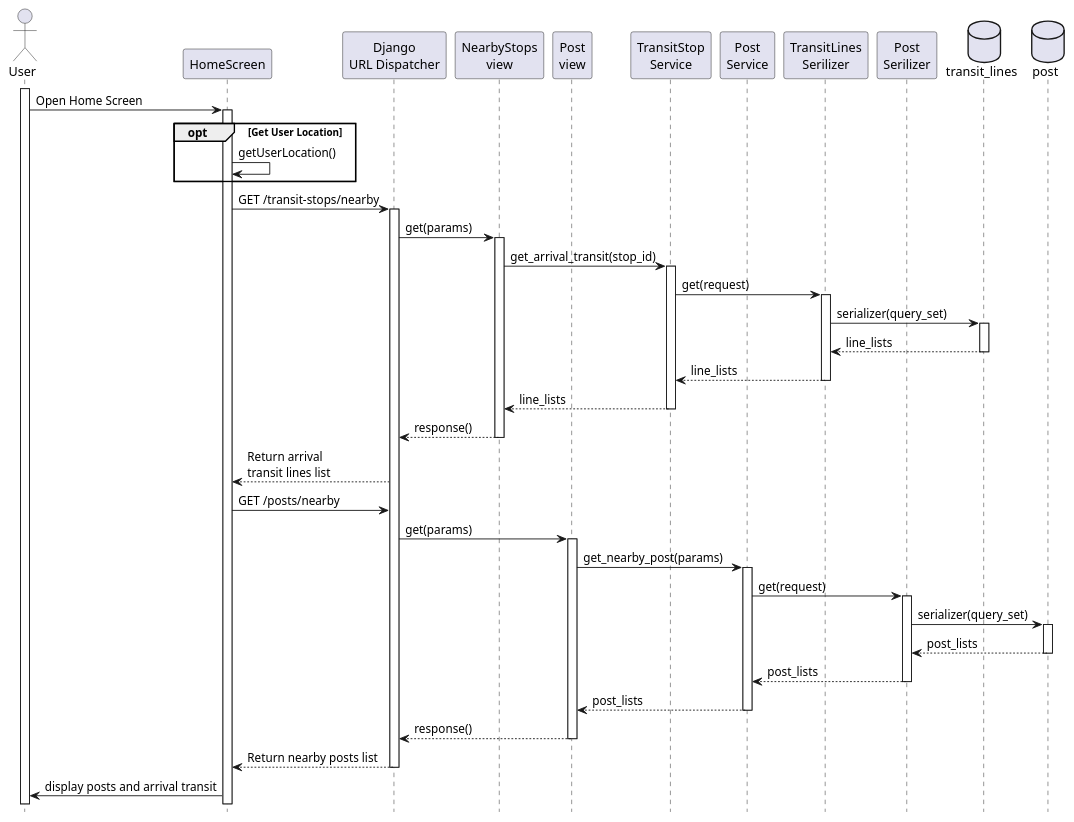
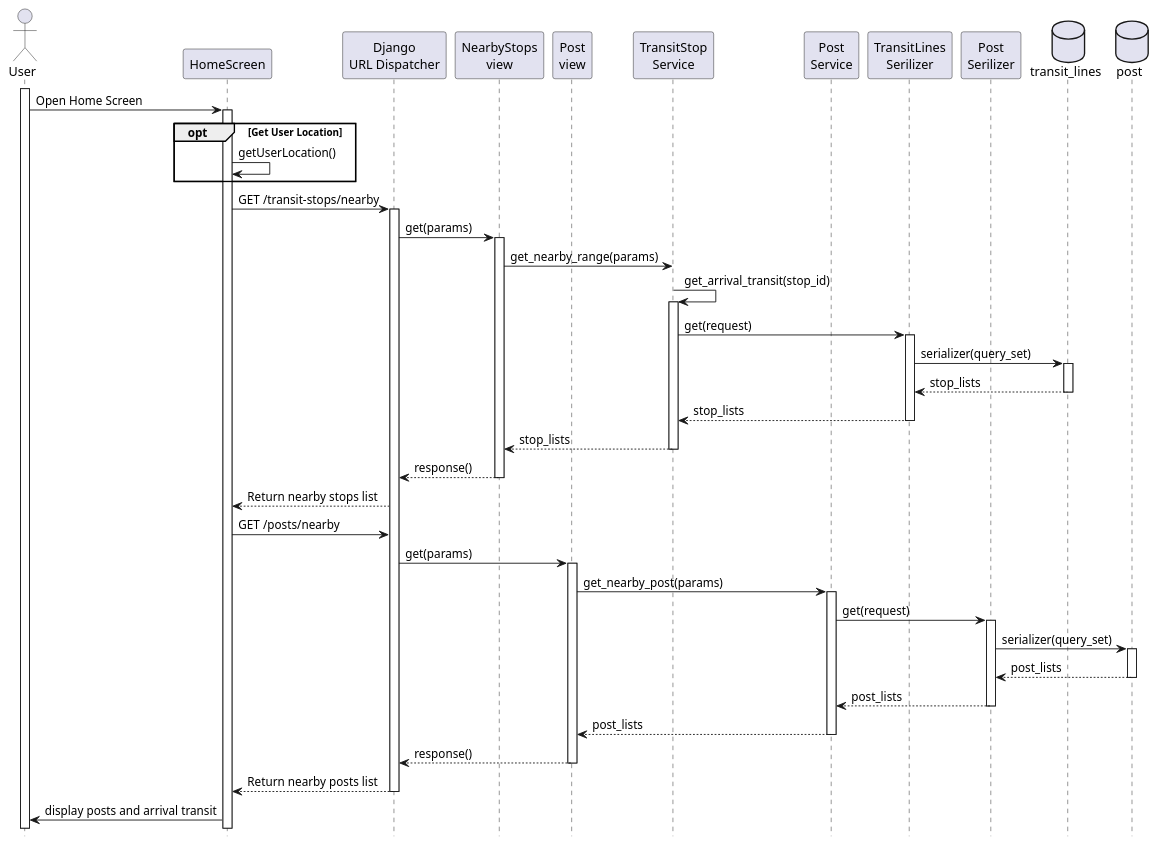
Before and after one commit to KMITL-BusBuddy/diagram: the diagram in homescreen/get_stop_location.puml, drawn with PlantUML. The commit also changed 11 other files, not shown here.

Commit message:
update last diagram

```diff
--- a/homescreen/get_stop_location.puml
+++ b/homescreen/get_stop_location.puml
@@ -1,73 +1,75 @@
 @startuml stop_nearby
 
 hide footbox
 
 actor User
 participant HomeScreen as UI
 participant "Django\nURL Dispatcher" as API
 participant "NearbyStops\nview" as view_stop
 participant "Post\nview" as view_post
 participant "TransitStop\nService" as service
 participant "Post\nService" as service_post
 participant "TransitLines\nSerilizer" as serializer
 participant "Post\nSerilizer" as serializer_post
 database "transit_lines" as table_transit
 database "post" as table_post
 
 activate User
 User -> UI : Open Home Screen
 activate UI
 
 opt Get User Location
     UI -> UI : getUserLocation()
 end
 
 UI -> API : GET /transit-stops/nearby
 activate API
 
 ' API Call
 API -> view_stop : get(params)
 activate view_stop
-view_stop -> service : get_arrival_transit(stop_id)
+view_stop -> service : get_nearby_range(params)
+service -> service : get_arrival_transit(stop_id)
+
 activate service
 service -> serializer : get(request)
 activate serializer
 serializer -> table_transit : serializer(query_set)
 activate table_transit
 
-table_transit --> serializer : line_lists
+table_transit --> serializer : stop_lists
 deactivate table_transit
-serializer --> service : line_lists
+serializer --> service : stop_lists
 deactivate serializer
-service --> view_stop : line_lists
+service --> view_stop : stop_lists
 deactivate service
 view_stop --> API : response()
 deactivate view_stop
-API --> UI : Return arrival \ntransit lines list
+API --> UI : Return nearby stops list
 
 
 ' API Call
 UI -> API : GET /posts/nearby
 API -> view_post : get(params)
 activate view_post
 view_post -> service_post : get_nearby_post(params)
 activate service_post
 service_post -> serializer_post : get(request)
 activate serializer_post
 serializer_post -> table_post : serializer(query_set)
 activate table_post
 table_post --> serializer_post : post_lists
 deactivate table_post
 serializer_post --> service_post : post_lists
 deactivate serializer_post
 service_post --> view_post : post_lists
 deactivate service_post
 view_post --> API : response()
 deactivate view_post
 API --> UI : Return nearby posts list
 deactivate API
 
 ' Render feed posts
 UI -> User : display posts and arrival transit 
 
 @enduml
```
